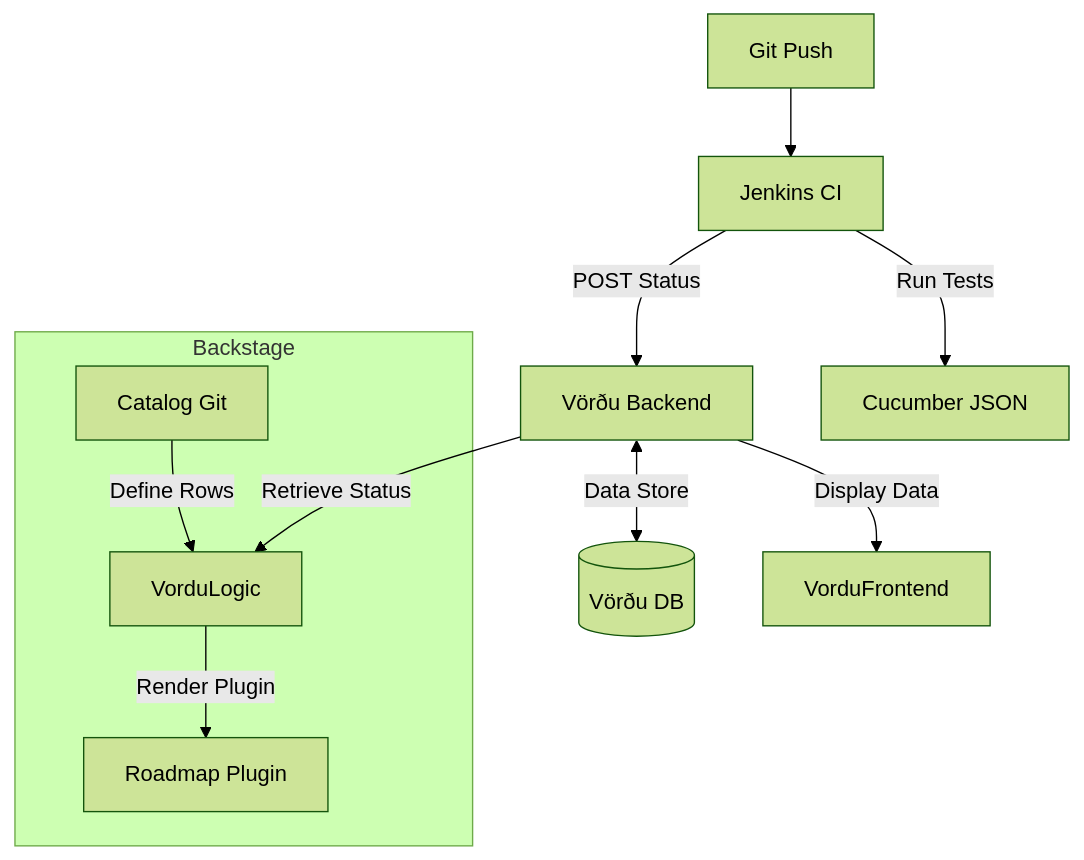
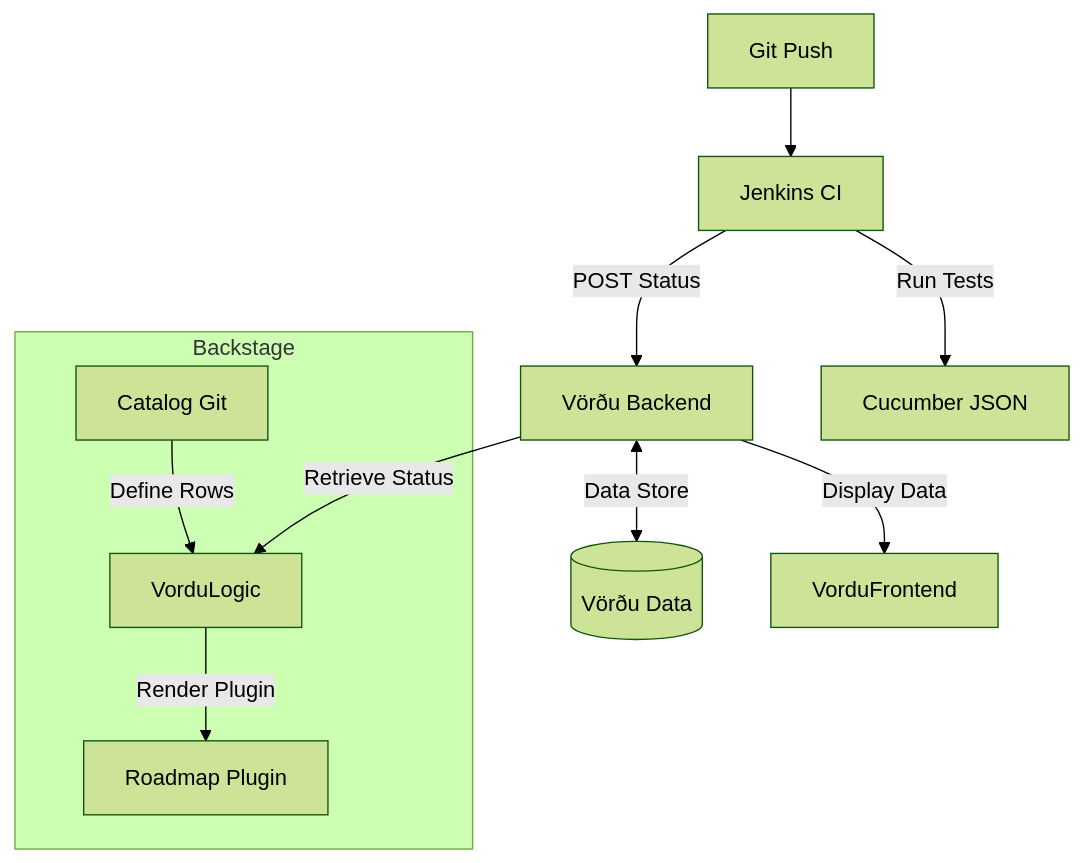
The diagram in design-architecture.md (SiliconSaga/vordu), drawn with Mermaid (forest theme) before and after one commit. The commit also changed other lines of this file and 4 other files, not shown here.

````diff
--- a/design-architecture.md
+++ b/design-architecture.md
@@ -69,14 +69,14 @@
 ```mermaid
 graph TD
     Git[Git Push] --> Jenkins[Jenkins CI]
     Jenkins -->|POST Status| VorduAPI[Vörðu Backend]
     Jenkins -->|Run Tests| TestRunner[Cucumber JSON]
-    VorduAPI <--> |Data Store| VorduDB[(Vörðu DB)]
+    VorduAPI <--> |Data Store| VorduDB[(Vörðu Data)]
     VorduAPI --> |Display Data| VorduFrontend
     VorduAPI -->|Retrieve Status| VorduLogic
     
     subgraph Backstage
       Catalog[Catalog Git] -->|Define Rows| VorduLogic
       VorduLogic -->|Render Plugin| VorduUI[Roadmap Plugin]
     end
 ```
````
